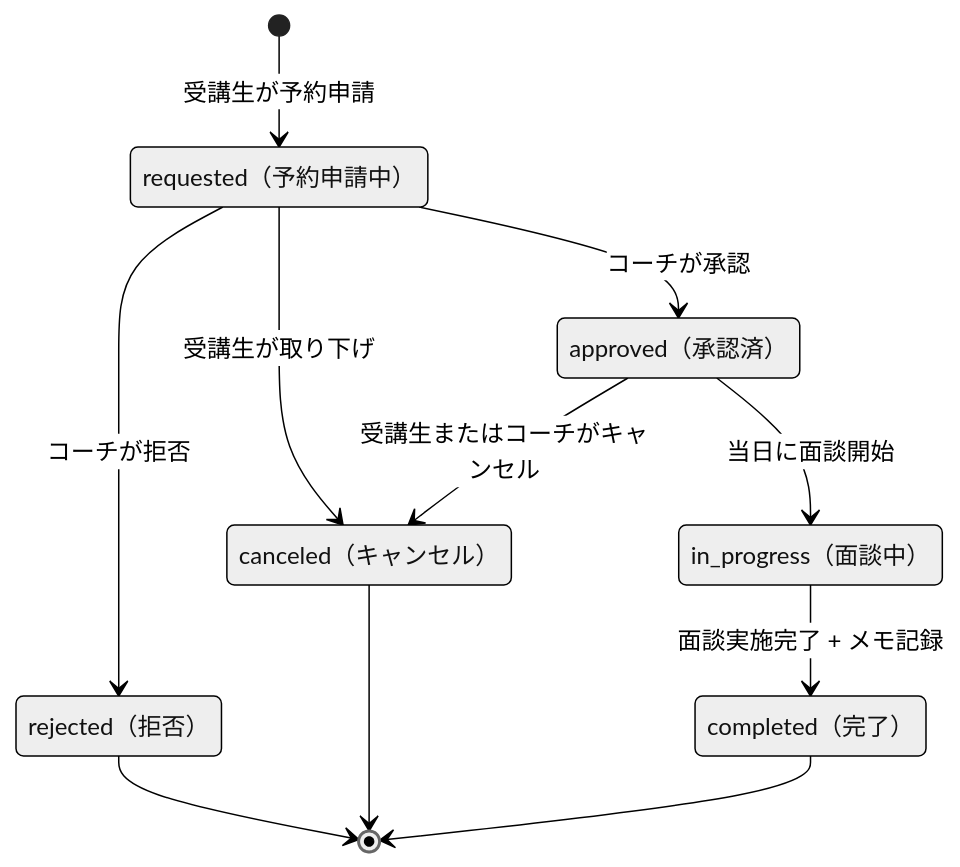
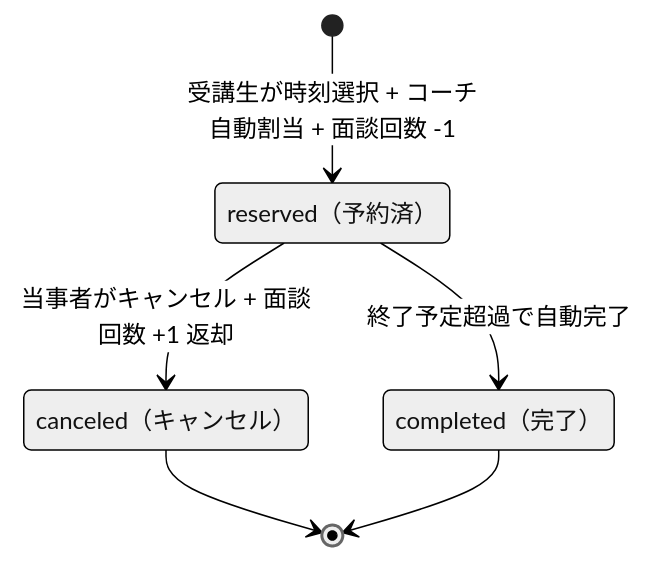
The ninth of 9 diagrams in docs/steering/product.md (coachtech-mockcase-second/ExampleAnswer-mockcase-CertifyLMS), drawn with Mermaid (neutral theme) before and after one commit. The commit also changed other lines of this file and 67 other files, not shown here.

````diff
--- a/docs/steering/product.md
+++ b/docs/steering/product.md
@@ -429,20 +444,12 @@
 ```mermaid
 stateDiagram-v2
-    requested: requested（予約申請中）
-    approved: approved（承認済）
-    rejected: rejected（拒否）
+    reserved: reserved（予約済）
     canceled: canceled（キャンセル）
-    in_progress: in_progress（面談中）
     completed: completed（完了）
 
-    [*] --> requested: 受講生が予約申請
-    requested --> approved: コーチが承認
-    requested --> rejected: コーチが拒否
-    requested --> canceled: 受講生が取り下げ
-    rejected --> [*]
-    approved --> canceled: 受講生またはコーチがキャンセル
-    approved --> in_progress: 当日に面談開始
-    in_progress --> completed: 面談実施完了 + メモ記録
+    [*] --> reserved: 受講生が時刻選択 + コーチ自動割当 + 面談回数 -1
+    reserved --> canceled: 当事者がキャンセル + 面談回数 +1 返却
+    reserved --> completed: 終了予定超過で自動完了
     canceled --> [*]
     completed --> [*]
 ```
````
